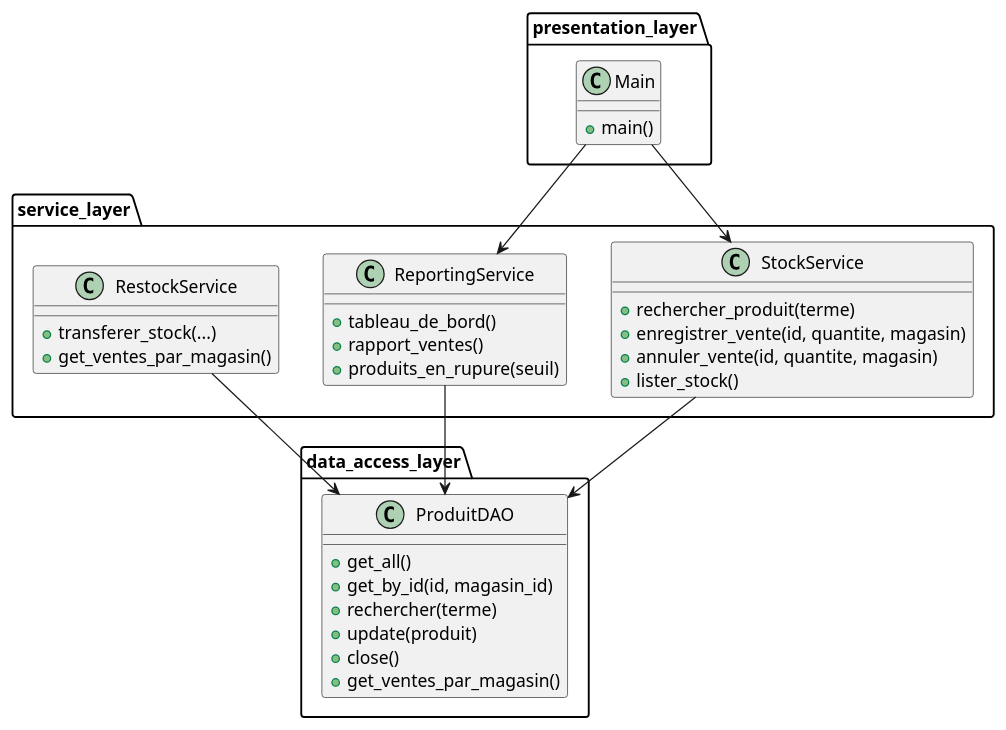
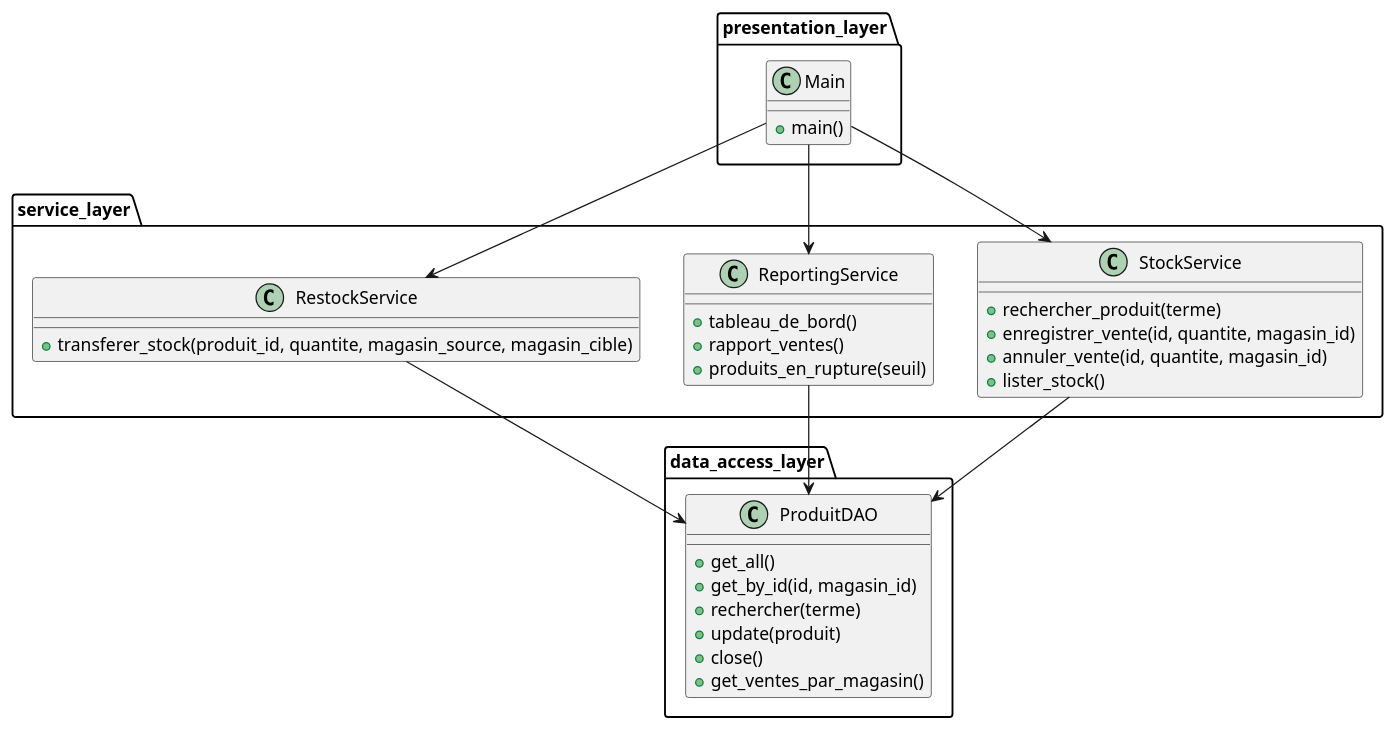
One commit to Ludo67/LOG430-Lab0 changed the diagram in docs/UML/class_diagram.puml. Above: the diagram before and after it, drawn with PlantUML. The commit also changed 38 other files, not shown here.

```diff
--- a/docs/UML/class_diagram.puml
+++ b/docs/UML/class_diagram.puml
@@ -1,44 +1,47 @@
-@startuml class_diagram
+@startuml vue_logique
 
 package "data_access_layer" {
   class ProduitDAO {
     +get_all()
     +get_by_id(id, magasin_id)
     +rechercher(terme)
     +update(produit)
     +close()
     +get_ventes_par_magasin()
   }
 }
 
 package "service_layer" {
   class StockService {
     +rechercher_produit(terme)
-    +enregistrer_vente(id, quantite, magasin)
-    +annuler_vente(id, quantite, magasin)
+    +enregistrer_vente(id, quantite, magasin_id)
+    +annuler_vente(id, quantite, magasin_id)
     +lister_stock()
   }
+
   class ReportingService {
     +tableau_de_bord()
     +rapport_ventes()
-    +produits_en_rupure(seuil)
+    +produits_en_rupture(seuil)
   }
+
   class RestockService {
-    +transferer_stock(...)
-    +get_ventes_par_magasin()
+    +transferer_stock(produit_id, quantite, magasin_source, magasin_cible)
   }
 }
 
 package "presentation_layer" {
   class Main {
     +main()
   }
 }
 
 Main --> StockService
 Main --> ReportingService
+Main --> RestockService
+
 StockService --> ProduitDAO
 ReportingService --> ProduitDAO
 RestockService --> ProduitDAO
 
 @enduml
```
